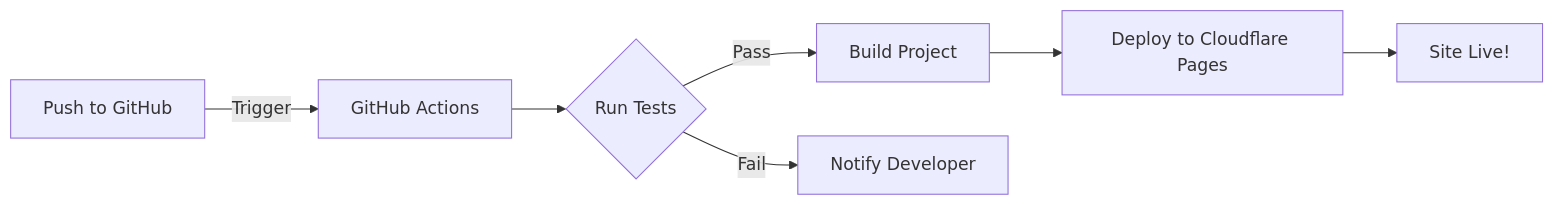
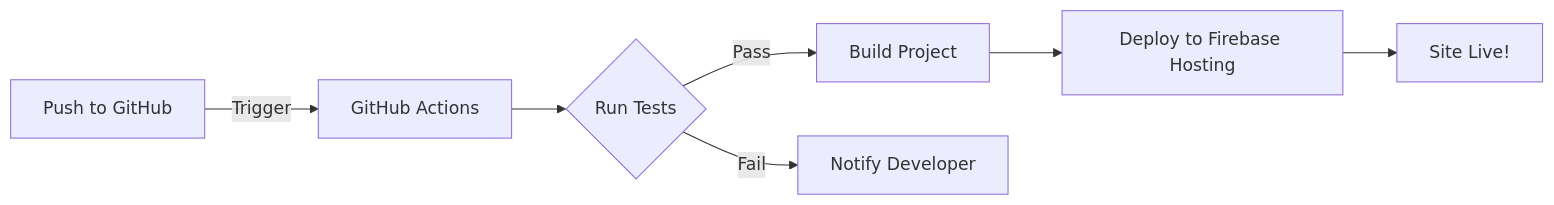
One commit to elkolotfi/free-pass-porter changed the diagram in README.md. Above: the diagram before and after it, drawn with Mermaid. The commit also changed other lines of this file and 1 other file, not shown here.

Commit message:
use firebase hosting for deployment

````diff
--- a/README.md
+++ b/README.md
@@ -36,9 +36,9 @@
 ```mermaid
 graph LR
     A[Push to GitHub] -->|Trigger| B[GitHub Actions]
     B --> C{Run Tests}
     C -->|Pass| D[Build Project]
     C -->|Fail| E[Notify Developer]
-    D --> F[Deploy to Cloudflare Pages]
+    D --> F[Deploy to Firebase Hosting]
     F --> G[Site Live!]
 ```
````
